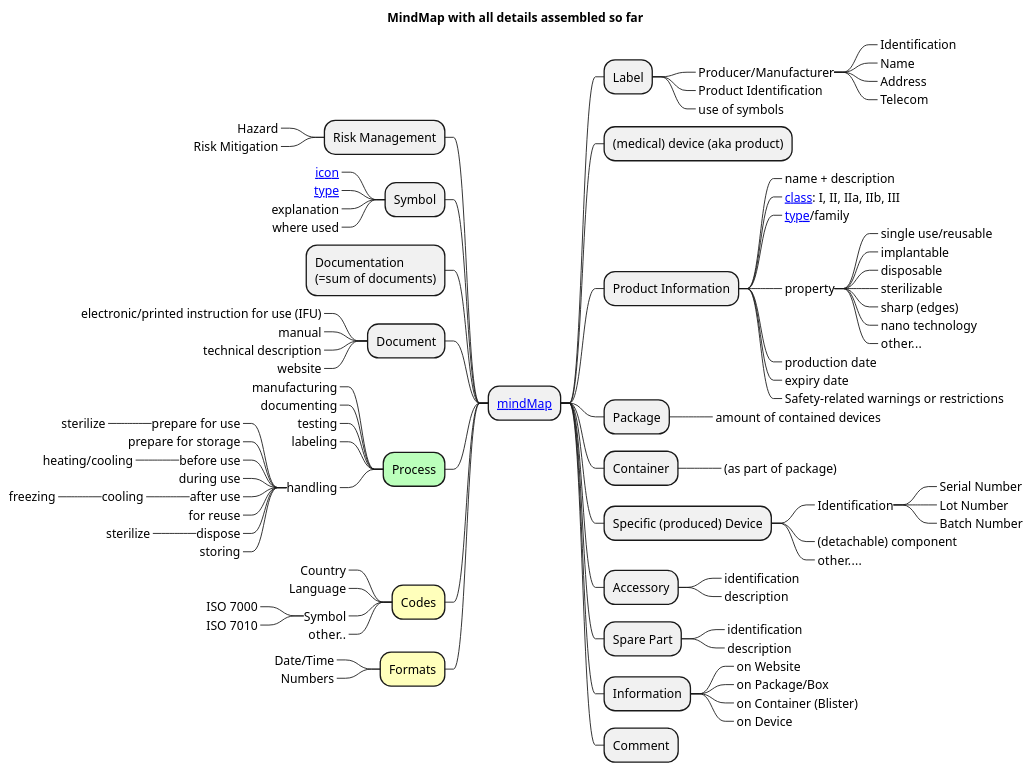
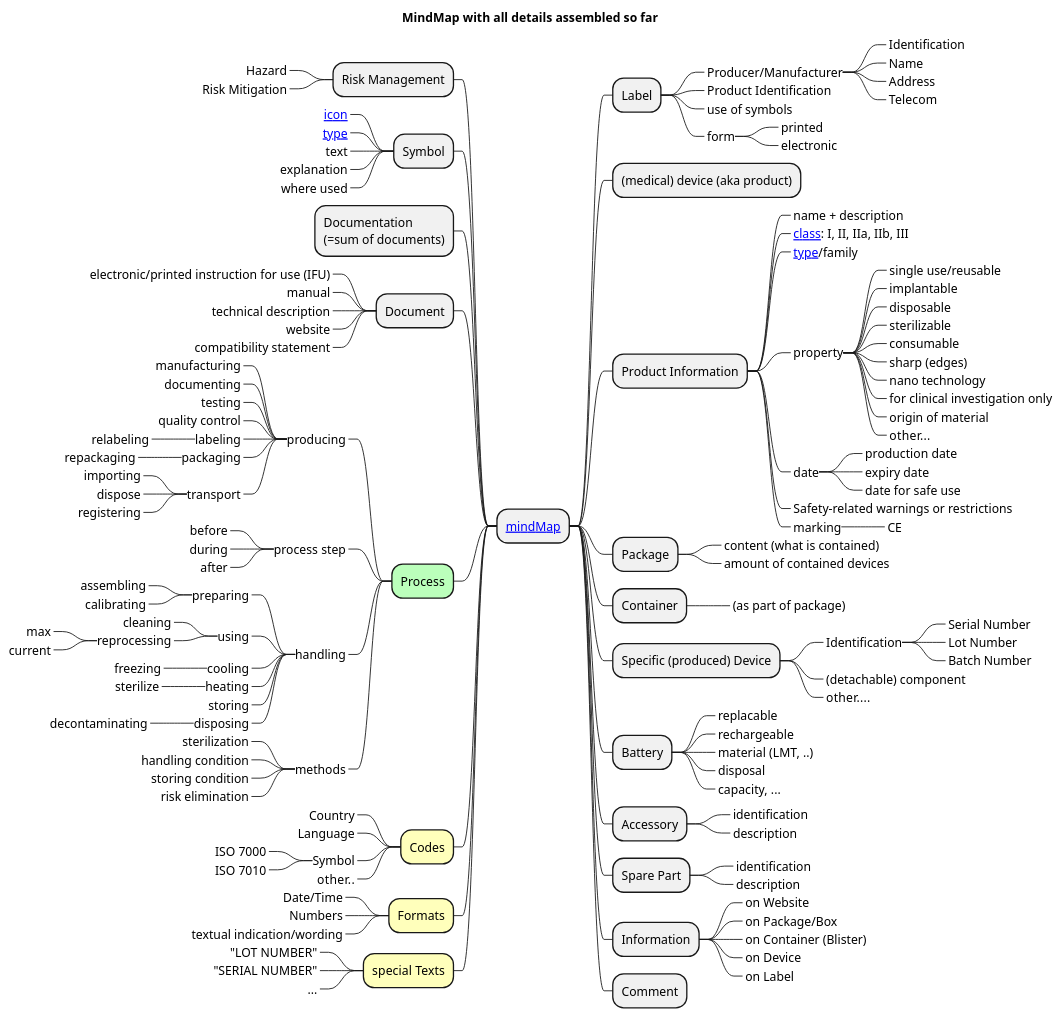
One commit to hl7-eu/medtechlabel-wp2-im changed the diagram in input/images-source/mindmap.plantuml. Above: the diagram before and after it, drawn with PlantUML. The commit also changed 8 other files, not shown here.

```diff
--- a/input/images-source/mindmap.plantuml
+++ b/input/images-source/mindmap.plantuml
@@ -1,102 +1,148 @@
 @startmindmap
 
+' for edits place into comment
+' include for rendering
 skinparam svgDimensionStyle false
 
 title MindMap with all details assembled so far
 
 + [[StructureDefinition-MindMap.html mindMap]]
 
 -- Risk Management
 ---_ Hazard
 ---_ Risk Mitigation
 -- Symbol
 ---_ [[CodeSystem-SafetySigns7010.html icon]]
 ---_ [[CodeSystem-SafetySign7010Category.html type]]
+---_ text
 ---_ explanation
 ---_ where used
 -- Documentation\n(=sum of documents)
 -- Document
 ---_ electronic/printed instruction for use (IFU)
 ---_ manual
 ---_ technical description
 ---_ website
+---_ compatibility statement
 --[#bfb] Process
----_ manufacturing
----_ documenting
----_ testing
----_ labeling
+---_ producing
+----_ manufacturing
+----_ documenting
+----_ testing
+----_ quality control
+----_ labeling
+-----_ relabeling
+----_ packaging
+-----_ repackaging
+----_ transport
+-----_ importing
+-----_ dispose
+-----_ registering
+---_ process step
+----_ before
+----_ during
+----_ after
 ---_ handling
-----_ prepare for use
------_ sterilize
-----_ prepare for storage
-----_ before use
------_ heating/cooling
-----_ during use
-----_ after use
------_ cooling
-------_ freezing
-----_ for reuse
-----_ dispose
+----_ preparing
+-----_ assembling
+-----_ calibrating
+----_ using
+-----_ cleaning
+-----_ reprocessing
+------_ max
+------_ current
+----_ cooling
+-----_ freezing
+----_ heating
 -----_ sterilize
 ----_ storing
+----_ disposing
+-----_ decontaminating
+---_ methods
+----_ sterilization
+----_ handling condition
+----_ storing condition
+----_ risk elimination
 --[#ffb] Codes
 ---_ Country
 ---_ Language
 ---_ Symbol
 ----_ ISO 7000
 ----_ ISO 7010
 ---_ other..
 --[#ffb] Formats
 ---_ Date/Time
 ---_ Numbers
-
+---_ textual indication/wording
+--[#ffb] special Texts
+---_ "LOT NUMBER"
+---_ "SERIAL NUMBER"
+---_ ...
 
 ++ Label
 +++_ Producer/Manufacturer
 ++++_ Identification
 ++++_ Name
 ++++_ Address
 ++++_ Telecom
 +++_ Product Identification
 +++_ use of symbols
++++_ form
+++++_ printed
+++++_ electronic
 ++ (medical) device (aka product)
 ++ Product Information
 +++_ name + description
 +++_ [[CodeSystem-DeviceClass.html class]]: I, II, IIa, IIb, III
 +++_ [[CodeSystem-DeviceType.html type]]/family
 +++_ property
 ++++_ single use/reusable
 ++++_ implantable
 ++++_ disposable
 ++++_ sterilizable
+++++_ consumable
 ++++_ sharp (edges)
 ++++_ nano technology
+++++_ for clinical investigation only
+++++_ origin of material
 ++++_ other...
-+++_ production date
-+++_ expiry date
++++_ date
+++++_ production date
+++++_ expiry date
+++++_ date for safe use
 +++_ Safety-related warnings or restrictions
++++_ marking
+++++_ CE
 ++ Package
++++_ content (what is contained)
 +++_ amount of contained devices
 ++ Container
 +++_ (as part of package)
 ++ Specific (produced) Device
 +++_ Identification
 ++++_ Serial Number
 ++++_ Lot Number
 ++++_ Batch Number
 +++_ (detachable) component
 +++_ other....
+++ Battery
++++_ replacable
++++_ rechargeable
++++_ material (LMT, ..)
++++_ disposal
++++_ capacity, ...
 ++ Accessory
 +++_ identification
 +++_ description
 ++ Spare Part
 +++_ identification
 +++_ description
 ++ Information
 +++_ on Website
 +++_ on Package/Box
 +++_ on Container (Blister)
 +++_ on Device
++++_ on Label
 ++ Comment
 
 @endmindmap
```
